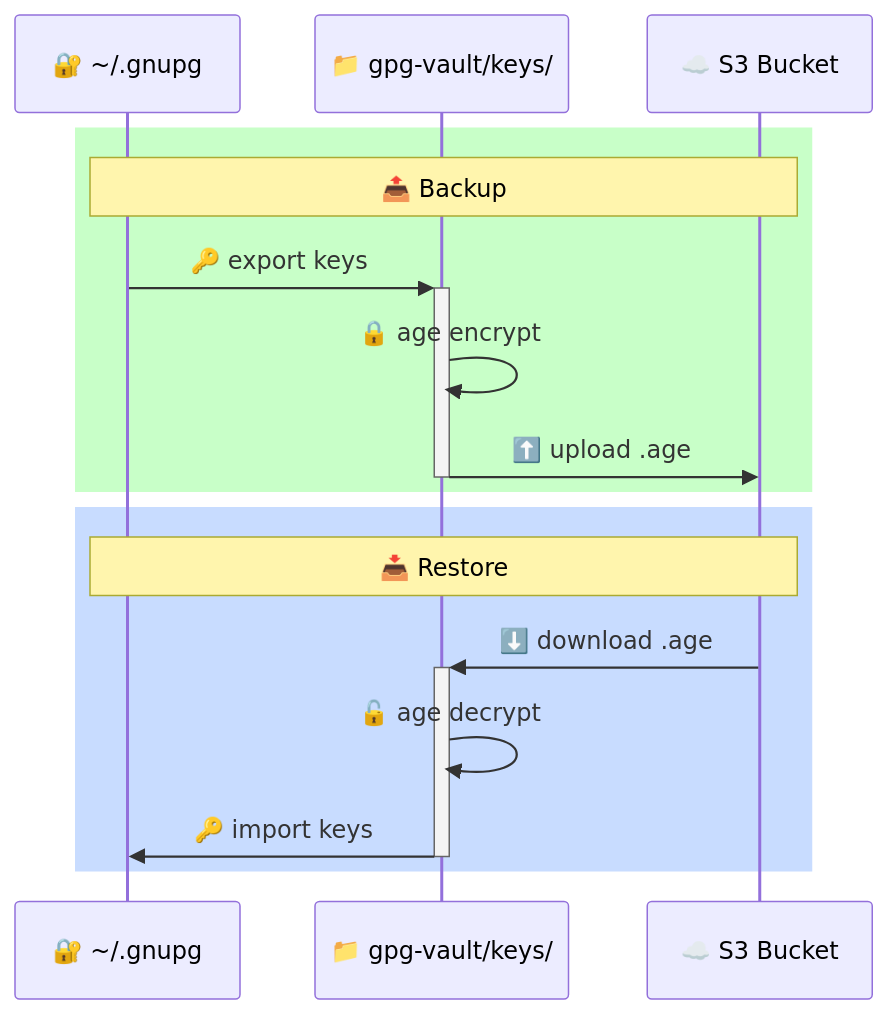
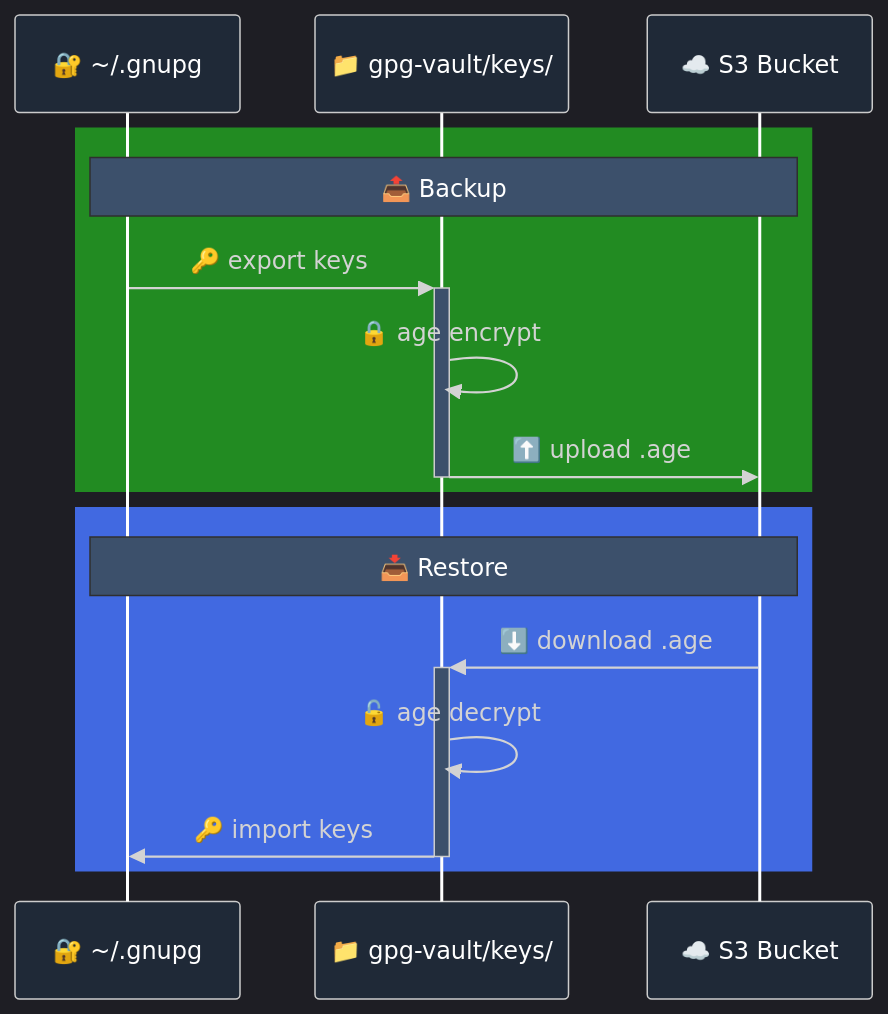
Before and after one commit to mcmoodoo/gpg-vault: the diagram in README.md, drawn with Mermaid.

Commit message:
contrast and dark theme for the sequence diagram

````diff
--- a/README.md
+++ b/README.md
@@ -5,20 +5,21 @@
 ```mermaid
+%%{init: {'theme':'dark', 'themeVariables': { 'primaryColor':'#1f2937', 'primaryTextColor':'#fff', 'primaryBorderColor':'#7C0000', 'lineColor':'#F8B229', 'secondaryColor':'#006100', 'tertiaryColor':'#1a1a2e', 'background':'#0f0f0f', 'mainBkg':'#1f2937', 'secondBkg':'#006100', 'tertiaryBkg':'#1a1a2e', 'textColor':'#fff', 'labelTextColor':'#fff', 'noteTextColor':'#fff', 'actorTextColor':'#fff', 'actorLineColor':'#fff' }}}%%
 sequenceDiagram
     participant GPG as 🔐 ~/.gnupg
     participant Keys as 📁 gpg-vault/keys/
     participant S3 as ☁️ S3 Bucket
 
-    rect rgb(200, 255, 200)
+    rect rgb(34, 139, 34)
         Note over GPG,S3: 📤 Backup
         GPG->>+Keys: 🔑 export keys
         Keys->>Keys: 🔒 age encrypt
         Keys->>-S3: ⬆️ upload .age
     end
     
-    rect rgb(200, 220, 255)
+    rect rgb(65, 105, 225)
         Note over GPG,S3: 📥 Restore
         S3->>+Keys: ⬇️ download .age
         Keys->>Keys: 🔓 age decrypt
         Keys->>-GPG: 🔑 import keys
     end
 ```
````
